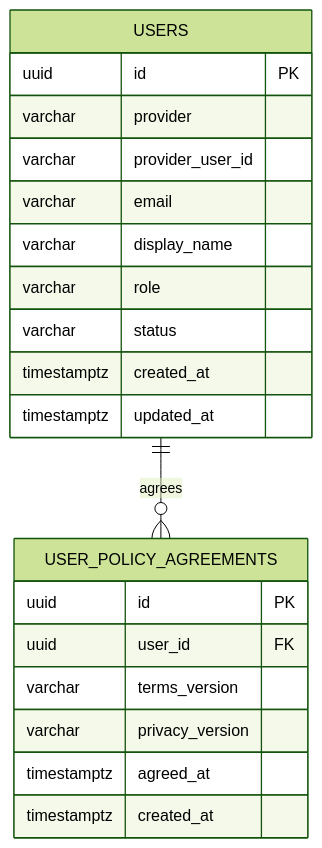
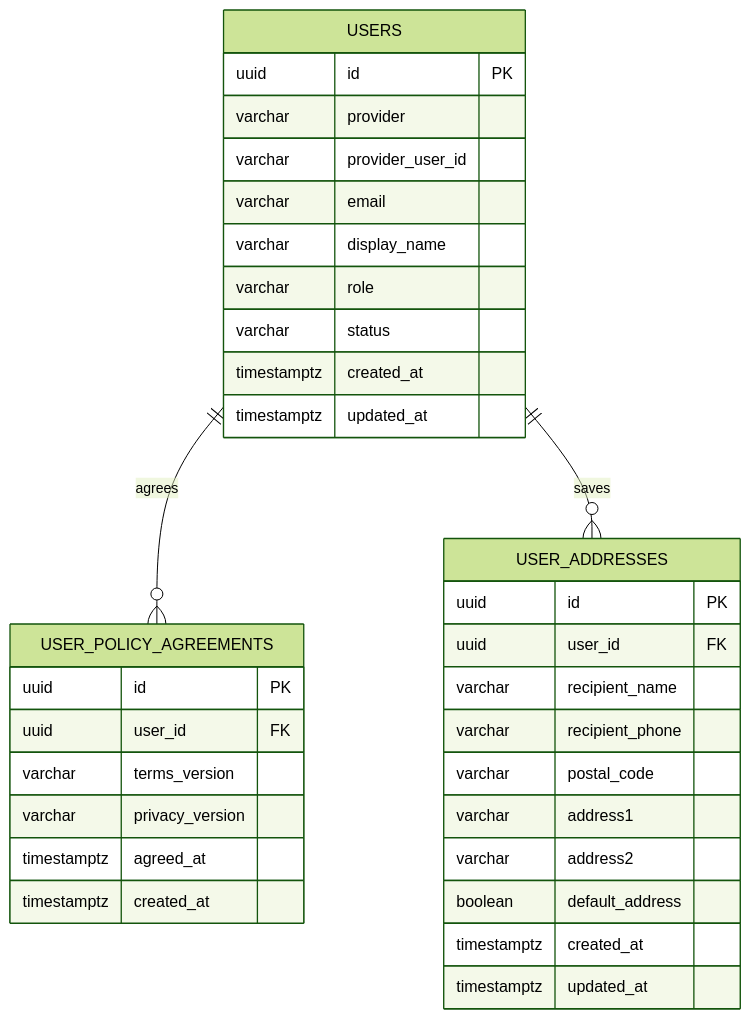
One commit to JAEKWANG97/dropship-shop changed the first of 2 diagrams in docs/erd.md. Above: the diagram before and after it, drawn with Mermaid (forest theme). The commit also changed other lines of this file and 22 other files, not shown here.

````diff
--- a/docs/erd.md
+++ b/docs/erd.md
@@ -38,25 +39,39 @@
 ```mermaid
 erDiagram
     USERS {
         uuid id PK
         varchar provider
         varchar provider_user_id
         varchar email
         varchar display_name
         varchar role
         varchar status
         timestamptz created_at
         timestamptz updated_at
     }
 
     USER_POLICY_AGREEMENTS {
         uuid id PK
         uuid user_id FK
         varchar terms_version
         varchar privacy_version
         timestamptz agreed_at
         timestamptz created_at
     }
 
+    USER_ADDRESSES {
+        uuid id PK
+        uuid user_id FK
+        varchar recipient_name
+        varchar recipient_phone
+        varchar postal_code
+        varchar address1
+        varchar address2
+        boolean default_address
+        timestamptz created_at
+        timestamptz updated_at
+    }
+
     USERS ||--o{ USER_POLICY_AGREEMENTS : agrees
+    USERS ||--o{ USER_ADDRESSES : saves
 ```
````
